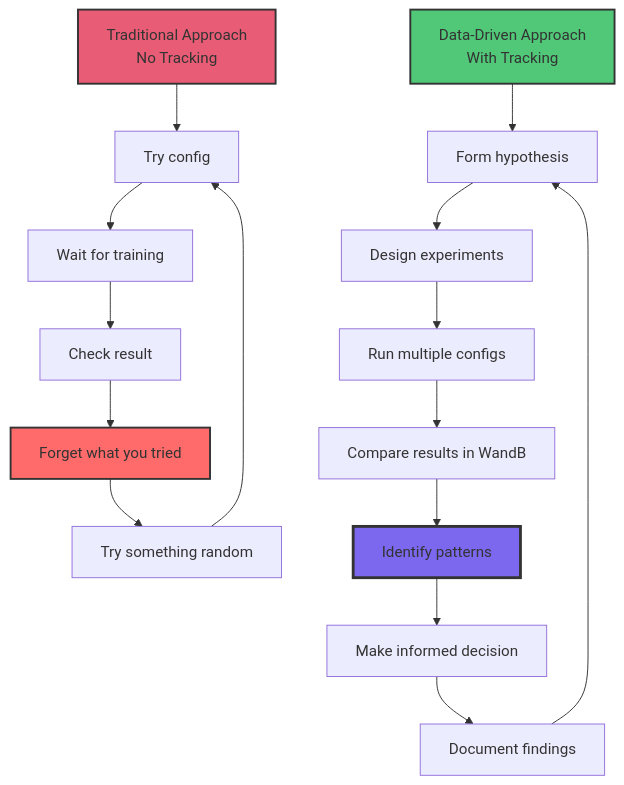
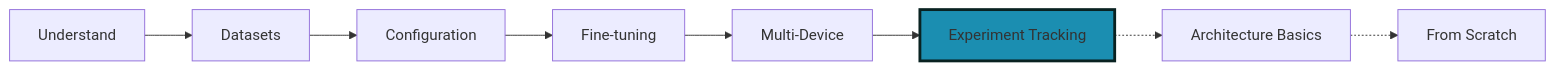
Before and after one commit to tenstorrent/tt-vscode-toolkit: the diagram in content/lessons/ct6-experiment-tracking.md, drawn with Mermaid. The commit also changed other lines of this file and 39 other files, not shown here.

First line of the commit message:
Implement LLM from Scratch and Re-author TTML Training Workflow (#43)

````diff
--- a/content/lessons/ct6-experiment-tracking.md
+++ b/content/lessons/ct6-experiment-tracking.md
@@ -602,23 +49,12 @@
 ```mermaid
-graph TD
-    A[Traditional Approach<br/>No Tracking] --> B[Try config]
-    B --> C[Wait for training]
-    C --> D[Check result]
-    D --> E[Forget what you tried]
-    E --> F[Try something random]
-    F --> B
+graph LR
+    A[Understand] --> B[Datasets]
+    B --> C[Configuration]
+    C --> D[Fine-tuning]
+    D --> E[Multi-Device]
+    E --> F[Experiment Tracking]
+    F -.-> G[Architecture Basics]
+    G -.-> H[From Scratch]
 
-    G[Data-Driven Approach<br/>With Tracking] --> H[Form hypothesis]
-    H --> I[Design experiments]
-    I --> J[Run multiple configs]
-    J --> K[Compare results in WandB]
-    K --> L[Identify patterns]
-    L --> M[Make informed decision]
-    M --> N[Document findings]
-    N --> H
-
-    style A fill:#E85D75,stroke:#333,stroke-width:2px
-    style G fill:#50C878,stroke:#333,stroke-width:2px
-    style E fill:#FF6B6B,stroke:#333,stroke-width:2px
-    style L fill:#7B68EE,stroke:#333,stroke-width:3px
+    style F fill:#1B8EB1,stroke:#092221,stroke-width:3px
 ```
````
